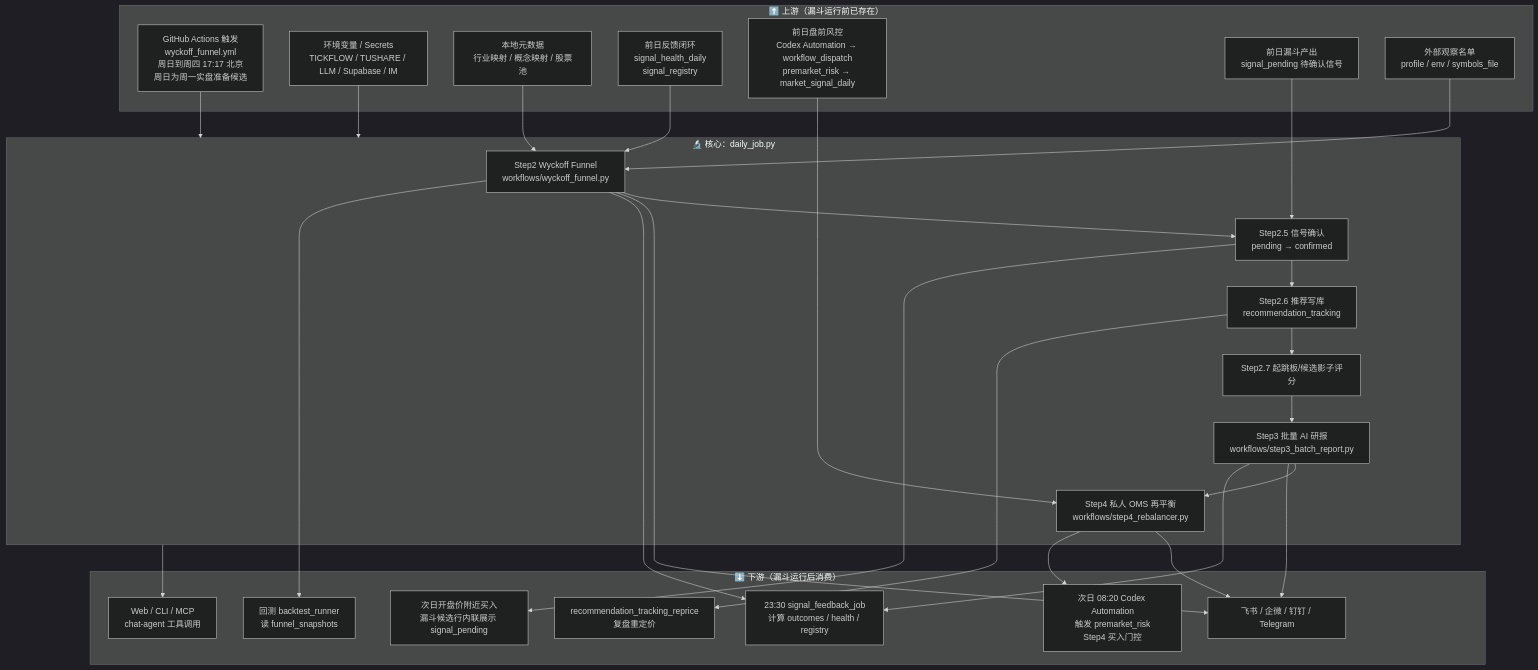
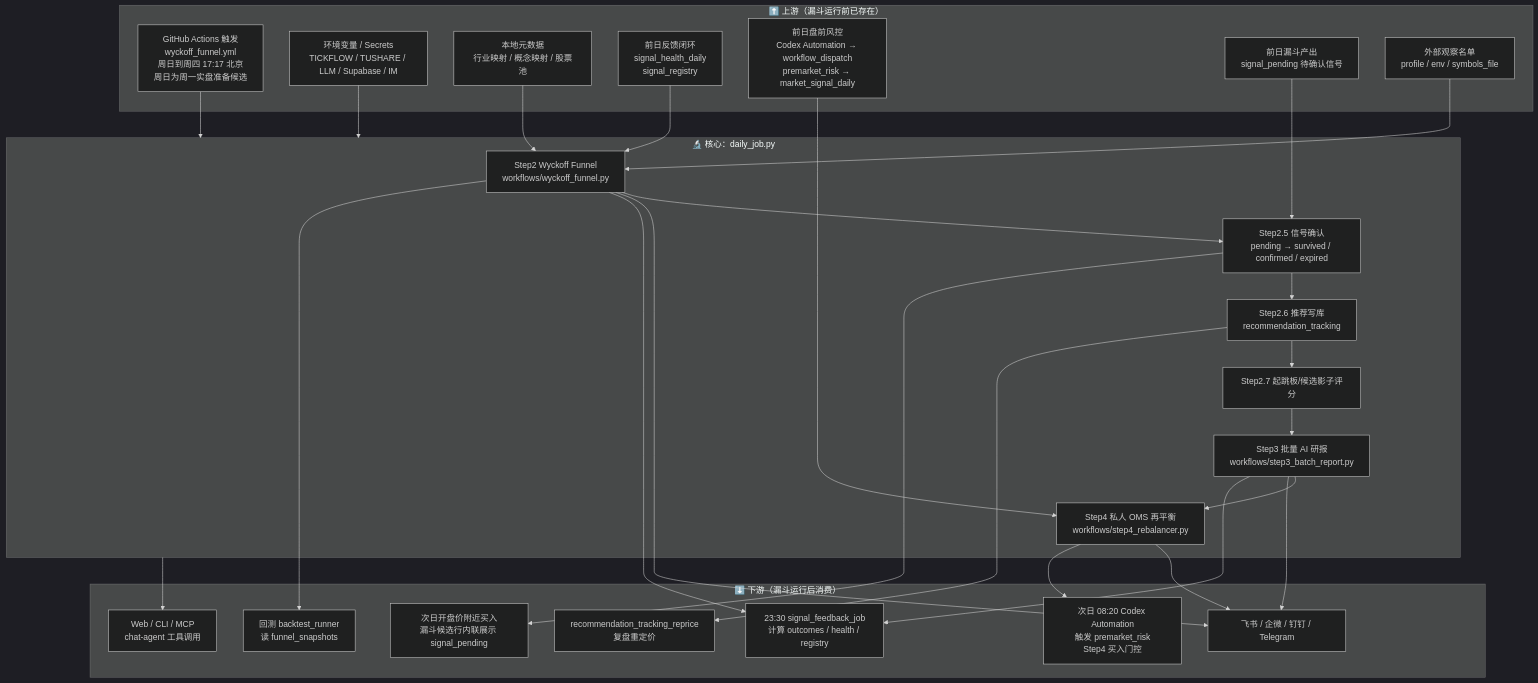
One commit to YoungCan-Wang/WyckoffTradingAgent changed the first of 7 diagrams in docs/A_SHARE_FUNNEL_FLOW.md. Above: the diagram before and after it, drawn with Mermaid (dark theme). The commit also changed other lines of this file and 76 other files, not shown here.

````diff
--- a/docs/A_SHARE_FUNNEL_FLOW.md
+++ b/docs/A_SHARE_FUNNEL_FLOW.md
@@ -12,53 +12,53 @@
 ```mermaid
 flowchart TB
     subgraph UPSTREAM["⬆️ 上游（漏斗运行前已存在）"]
         U1["GitHub Actions 触发<br/>wyckoff_funnel.yml<br/>周日到周四 17:17 北京<br/>周日为周一实盘准备候选"]
         U2["环境变量 / Secrets<br/>TICKFLOW / TUSHARE / LLM / Supabase / IM"]
         U3["本地元数据<br/>行业映射 / 概念映射 / 股票池"]
         U4["前日反馈闭环<br/>signal_health_daily<br/>signal_registry"]
         U5["前日盘前风控<br/>Codex Automation → workflow_dispatch<br/>premarket_risk → market_signal_daily"]
         U6["前日漏斗产出<br/>signal_pending 待确认信号"]
         U7["外部观察名单<br/>profile / env / symbols_file"]
     end
 
     subgraph CORE["🔬 核心：daily_job.py"]
         S2["Step2 Wyckoff Funnel<br/>workflows/wyckoff_funnel.py"]
-        S25["Step2.5 信号确认<br/>pending → confirmed"]
+        S25["Step2.5 信号确认<br/>pending → survived / confirmed / expired"]
         S26["Step2.6 推荐写库<br/>recommendation_tracking"]
         S27["Step2.7 起跳板/候选影子评分"]
         S3["Step3 批量 AI 研报<br/>workflows/step3_batch_report.py"]
         S4["Step4 私人 OMS 再平衡<br/>workflows/step4_rebalancer.py"]
     end
 
     subgraph DOWNSTREAM["⬇️ 下游（漏斗运行后消费）"]
         D1["23:30 signal_feedback_job<br/>计算 outcomes / health / registry"]
         D2["次日 08:20 Codex Automation<br/>触发 premarket_risk<br/>Step4 买入门控"]
         D3["次日开盘价附近买入<br/>漏斗候选行内联展示 signal_pending"]
         D4["Web / CLI / MCP<br/>chat-agent 工具调用"]
         D5["回测 backtest_runner<br/>读 funnel_snapshots"]
         D6["recommendation_tracking_reprice<br/>复盘重定价"]
         D7["飞书 / 企微 / 钉钉 / Telegram"]
     end
 
     U1 --> CORE
     U2 --> CORE
     U3 --> S2
     U4 --> S2
     U5 --> S4
     U6 --> S25
     U7 --> S2
 
     S2 --> S25 --> S26 --> S27 --> S3 --> S4
 
     S2 --> D7
     S3 --> D7
     S4 --> D7
 
     S2 --> D1
     S3 --> D1
     S4 --> D2
     S25 --> D3
     S26 --> D6
     S2 --> D5
     CORE --> D4
 ```
````
